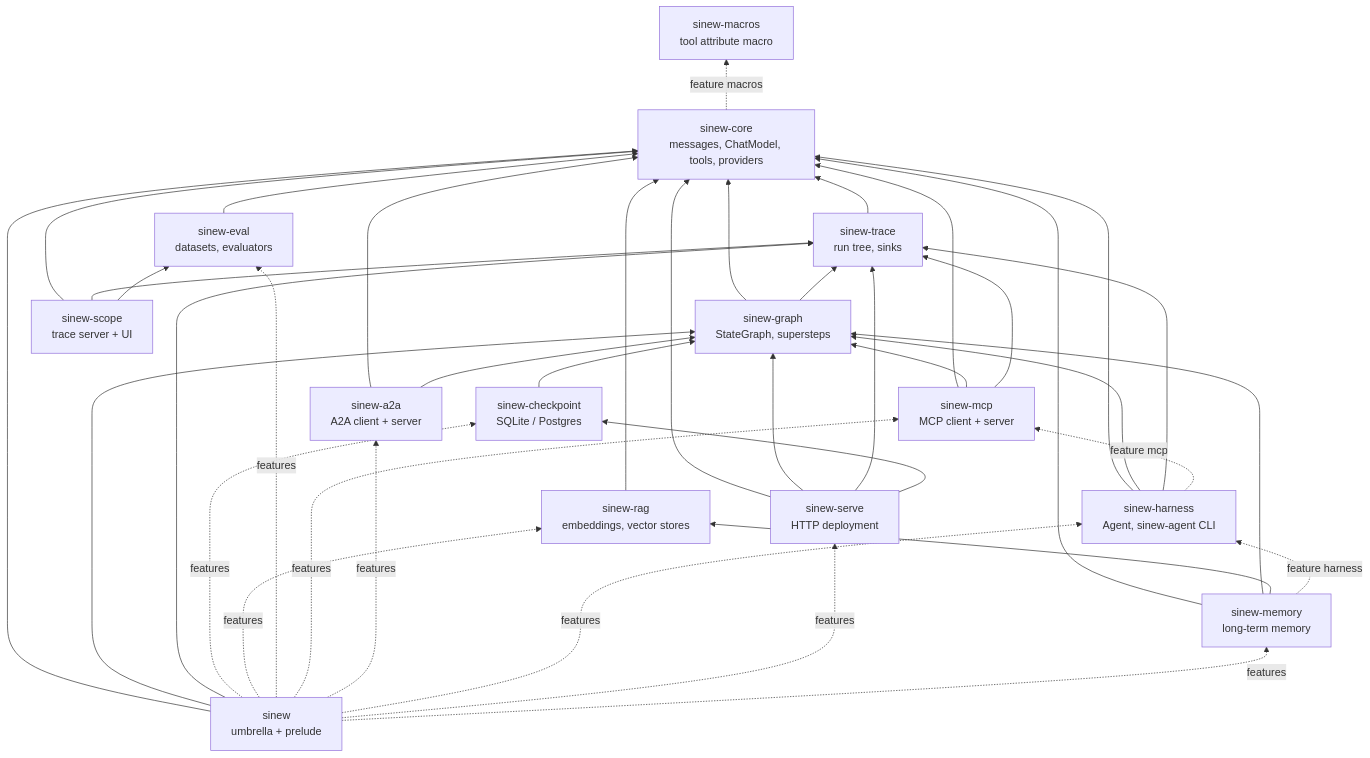
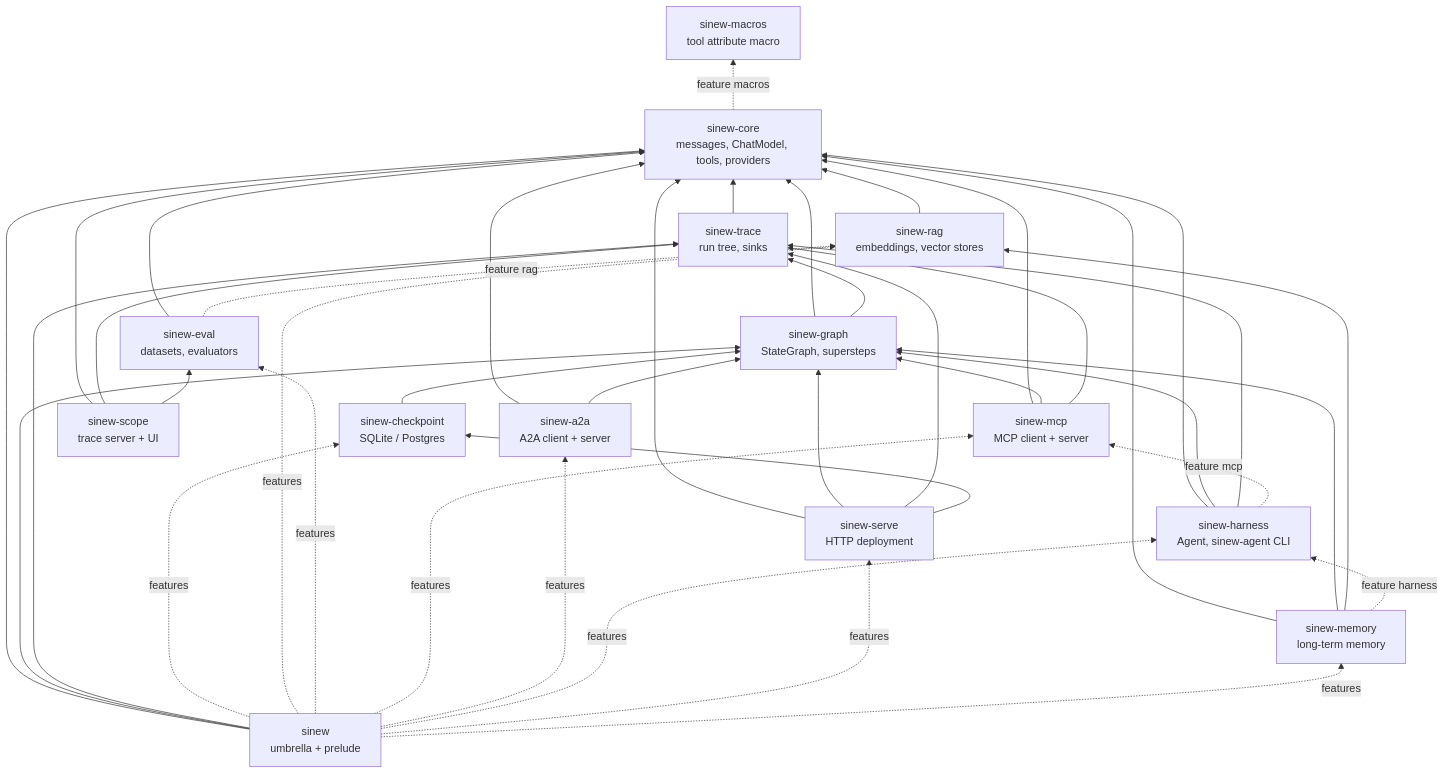
Before and after one commit to roanbrasil/sinew: the first of 2 diagrams in docs/architecture.md, drawn with Mermaid. The commit also changed other lines of this file and 17 other files, not shown here.

First line of the commit message:
RAG evaluation metrics and synthetic test sets in sinew-eval

````diff
--- a/docs/architecture.md
+++ b/docs/architecture.md
@@ -14,56 +14,57 @@
 ```mermaid
 flowchart BT
     n_macros["sinew-macros<br/>tool attribute macro"]
     n_core["sinew-core<br/>messages, ChatModel, tools, providers"]
     n_trace["sinew-trace<br/>run tree, sinks"]
     n_graph["sinew-graph<br/>StateGraph, supersteps"]
     n_rag["sinew-rag<br/>embeddings, vector stores"]
     n_eval["sinew-eval<br/>datasets, evaluators"]
     n_checkpoint["sinew-checkpoint<br/>SQLite / Postgres"]
     n_mcp["sinew-mcp<br/>MCP client + server"]
     n_a2a["sinew-a2a<br/>A2A client + server"]
     n_harness["sinew-harness<br/>Agent, sinew-agent CLI"]
     n_serve["sinew-serve<br/>HTTP deployment"]
     n_memory["sinew-memory<br/>long-term memory"]
     n_scope["sinew-scope<br/>trace server + UI"]
     n_umbrella["sinew<br/>umbrella + prelude"]
 
     n_core -. feature macros .-> n_macros
     n_trace --> n_core
     n_graph --> n_core
     n_graph --> n_trace
     n_rag --> n_core
     n_eval --> n_core
+    n_eval -. feature rag .-> n_rag
     n_checkpoint --> n_graph
     n_mcp --> n_core
     n_mcp --> n_graph
     n_mcp --> n_trace
     n_a2a --> n_core
     n_a2a --> n_graph
     n_harness --> n_core
     n_harness --> n_graph
     n_harness --> n_trace
     n_harness -. feature mcp .-> n_mcp
     n_memory --> n_core
     n_memory --> n_graph
     n_memory --> n_rag
     n_memory -. feature harness .-> n_harness
     n_serve --> n_core
     n_serve --> n_graph
     n_serve --> n_trace
     n_serve --> n_checkpoint
     n_scope --> n_core
     n_scope --> n_trace
     n_scope --> n_eval
     n_umbrella --> n_core
     n_umbrella --> n_graph
     n_umbrella --> n_trace
     n_umbrella -. features .-> n_checkpoint
     n_umbrella -. features .-> n_rag
     n_umbrella -. features .-> n_eval
     n_umbrella -. features .-> n_mcp
     n_umbrella -. features .-> n_a2a
     n_umbrella -. features .-> n_harness
     n_umbrella -. features .-> n_serve
     n_umbrella -. features .-> n_memory
 ```
````
